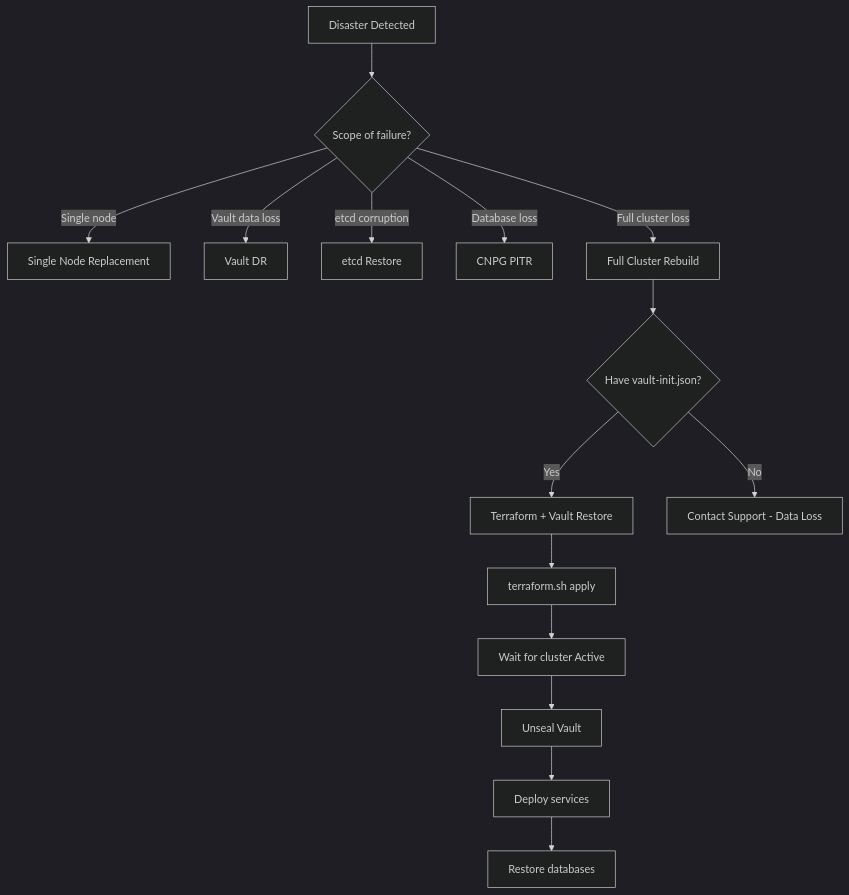
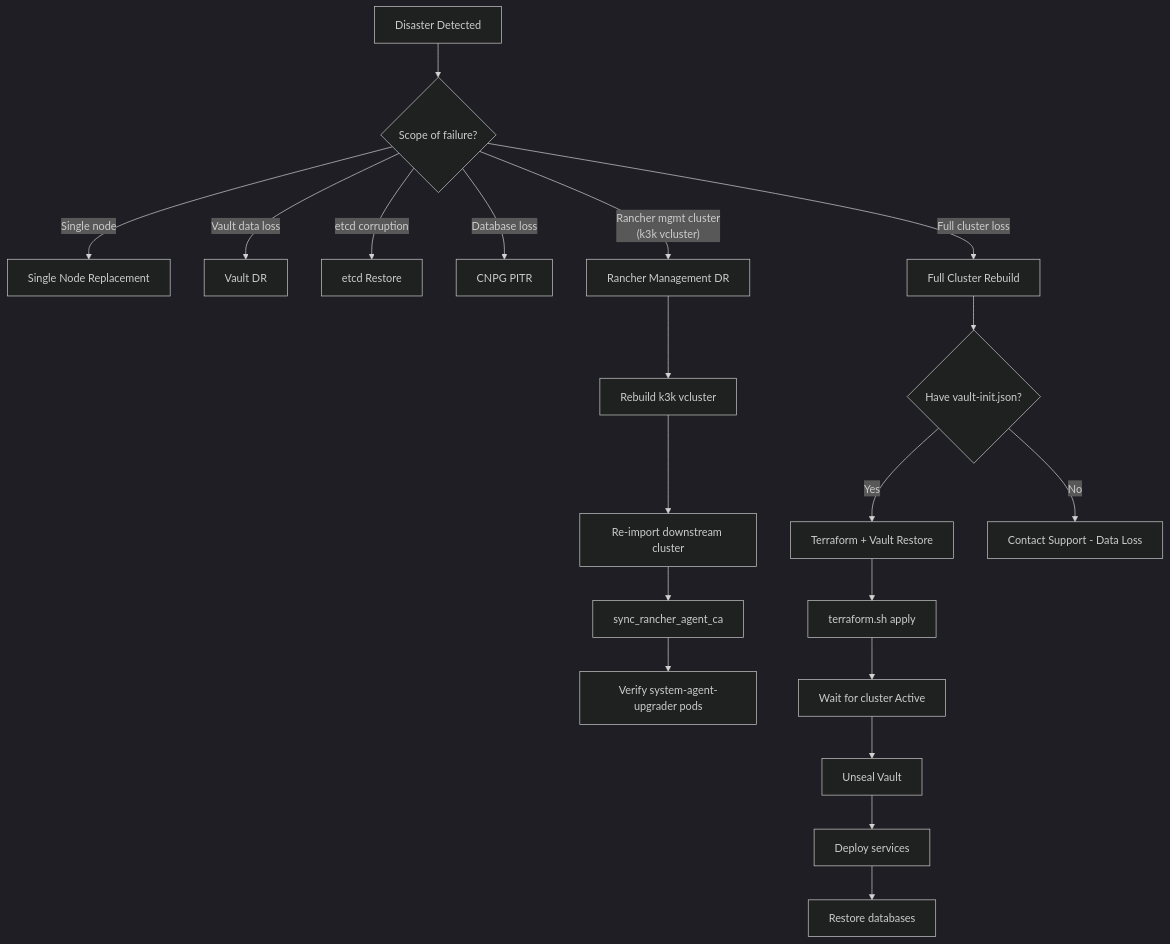
One commit to derhornspieler/harvester-rke2-platform changed the sixth of 6 diagrams in docs/engineering/troubleshooting-sop.md. Above: the diagram before and after it, drawn with Mermaid (dark theme). The commit also changed other lines of this file and 97 other files, not shown here.

````diff
--- a/docs/engineering/troubleshooting-sop.md
+++ b/docs/engineering/troubleshooting-sop.md
@@ -3098,20 +3173,26 @@
 ```mermaid
 graph TD
     DR_START["Disaster Detected"] --> DR_SCOPE{"Scope of failure?"}
 
     DR_SCOPE -->|"Single node"| SINGLE_NODE["Single Node Replacement"]
     DR_SCOPE -->|"Vault data loss"| VAULT_DR["Vault DR"]
     DR_SCOPE -->|"etcd corruption"| ETCD_DR["etcd Restore"]
     DR_SCOPE -->|"Database loss"| DB_DR["CNPG PITR"]
     DR_SCOPE -->|"Full cluster loss"| FULL_DR["Full Cluster Rebuild"]
+    DR_SCOPE -->|"Rancher mgmt cluster<br/>(k3k vcluster)"| RANCHER_DR["Rancher Management DR"]
+
+    RANCHER_DR --> RANCHER_REBUILD["Rebuild k3k vcluster"]
+    RANCHER_REBUILD --> RANCHER_REIMPORT["Re-import downstream cluster"]
+    RANCHER_REIMPORT --> SYNC_CA["sync_rancher_agent_ca"]
+    SYNC_CA --> VERIFY["Verify system-agent-upgrader pods"]
 
     FULL_DR --> PREREQS{"Have vault-init.json?"}
     PREREQS -->|"Yes"| REBUILD["Terraform + Vault Restore"]
     PREREQS -->|"No"| CONTACT["Contact Support - Data Loss"]
 
     REBUILD --> TF_APPLY["terraform.sh apply"]
     TF_APPLY --> WAIT_CLUSTER["Wait for cluster Active"]
     WAIT_CLUSTER --> UNSEAL["Unseal Vault"]
     UNSEAL --> DEPLOY_SERVICES["Deploy services"]
     DEPLOY_SERVICES --> RESTORE_DATA["Restore databases"]
 ```
````
